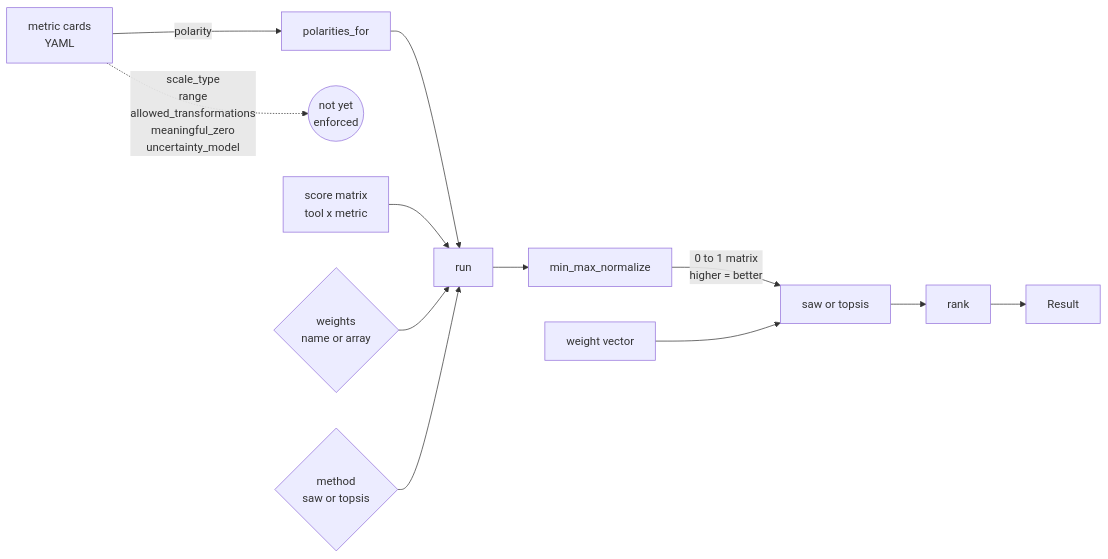
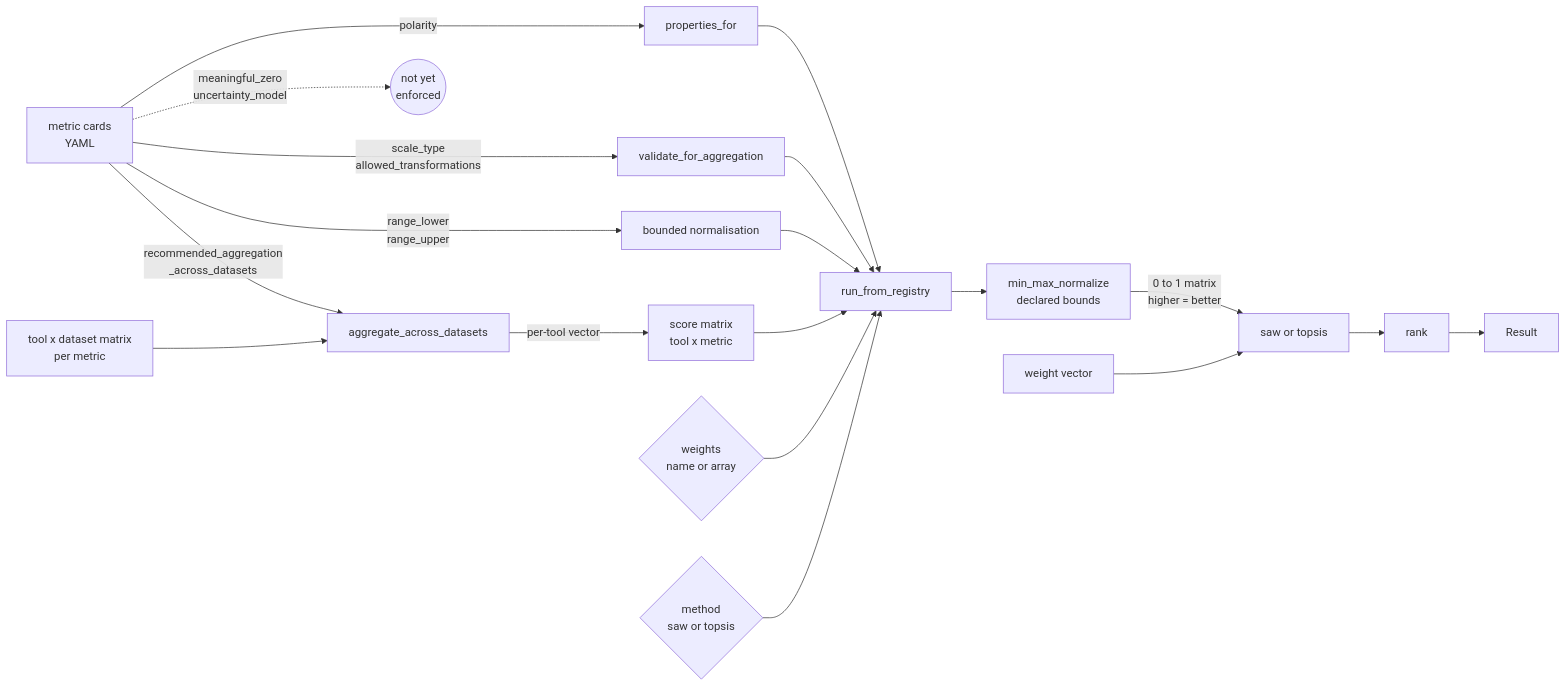
The diagram in docs/explanations/cards-and-pipeline.md (imallona/beam), drawn with Mermaid before and after one commit. The commit also changed other lines of this file and 26 other files, not shown here.

````diff
--- a/docs/explanations/cards-and-pipeline.md
+++ b/docs/explanations/cards-and-pipeline.md
@@ -7,14 +7,21 @@
 ```mermaid
 flowchart LR
-    A[metric cards<br/>YAML] -->|polarity| B[polarities_for]
-    A -.->|scale_type<br/>range<br/>allowed_transformations<br/>meaningful_zero<br/>uncertainty_model| X((not yet<br/>enforced))
-    B --> C[run]
-    S[score matrix<br/>tool x metric] --> C
-    W{weights<br/>name or array} --> C
-    M{method<br/>saw or topsis} --> C
-    C --> N[min_max_normalize]
+    A[metric cards<br/>YAML] -->|polarity| B[properties_for]
+    A -->|scale_type<br/>allowed_transformations| V[validate_for_aggregation]
+    A -->|range_lower<br/>range_upper| BO[bounded normalisation]
+    A -->|recommended_aggregation<br/>_across_datasets| CD[aggregate_across_datasets]
+    A -.->|meaningful_zero<br/>uncertainty_model| X((not yet<br/>enforced))
+    B --> RR[run_from_registry]
+    V --> RR
+    BO --> RR
+    S[score matrix<br/>tool x metric] --> RR
+    W{weights<br/>name or array} --> RR
+    M{method<br/>saw or topsis} --> RR
+    RR --> N[min_max_normalize<br/>declared bounds]
     N -->|0 to 1 matrix<br/>higher = better| AGG[saw or topsis]
     WT[weight vector] --> AGG
     AGG --> R[rank]
     R --> RES[Result]
+    T[tool x dataset matrix<br/>per metric] --> CD
+    CD -->|per-tool vector| S
 ```
````
